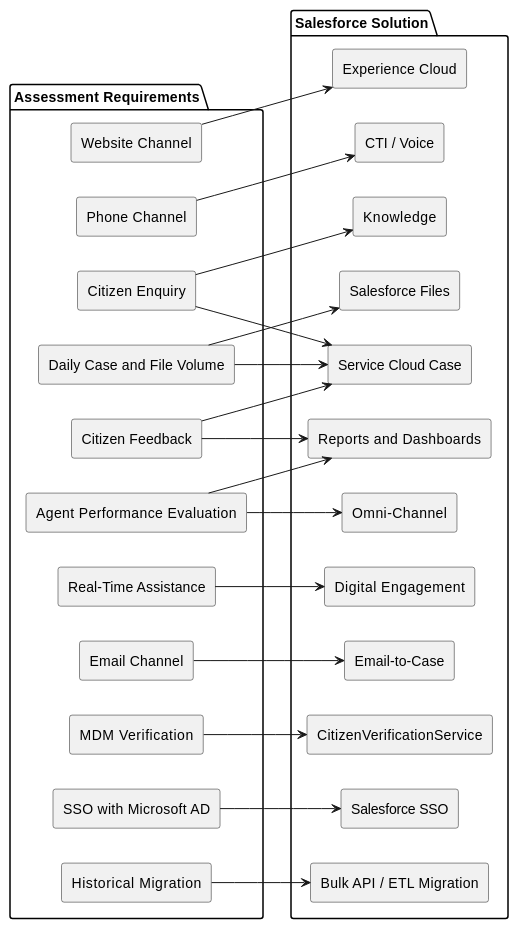
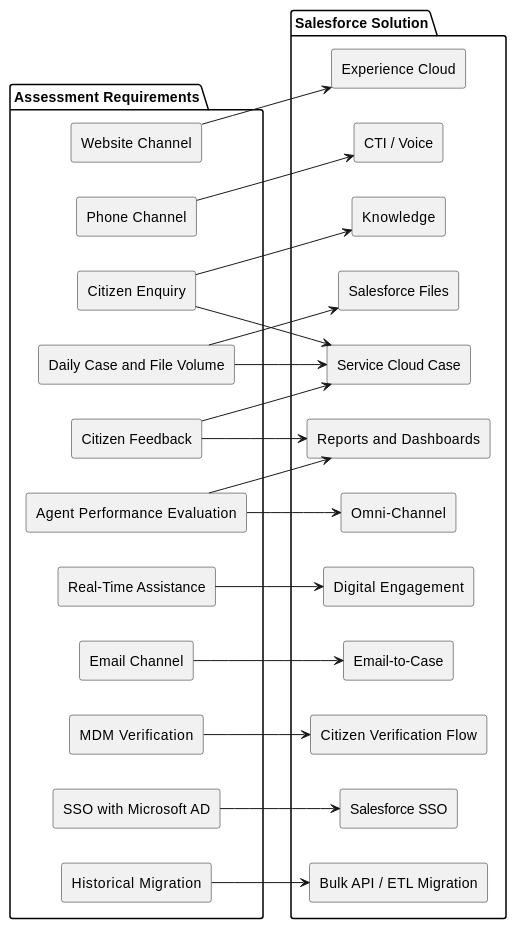
The first of 26 diagrams in doc/SADD Task 2.md (jimmytobing/virtusa), drawn with PlantUML before and after one commit. The commit also changed other lines of this file and 7 other files, not shown here.

````diff
--- a/doc/SADD Task 2.md
+++ b/doc/SADD Task 2.md
@@ -19,52 +19,52 @@
 ```plantuml
 @startuml
 left to right direction
 skinparam componentStyle rectangle
 
 package "Assessment Requirements" {
   [Citizen Enquiry]
   [Citizen Feedback]
   [Website Channel]
   [Phone Channel]
   [Real-Time Assistance]
   [Email Channel]
   [MDM Verification]
   [SSO with Microsoft AD]
   [Historical Migration]
   [Daily Case and File Volume]
   [Agent Performance Evaluation]
 }
 
 package "Salesforce Solution" {
   [Service Cloud Case]
   [Experience Cloud]
   [CTI / Voice]
   [Digital Engagement]
   [Email-to-Case]
-  [CitizenVerificationService]
+  [Citizen Verification Flow]
   [Salesforce SSO]
   [Bulk API / ETL Migration]
   [Salesforce Files]
   [Reports and Dashboards]
   [Omni-Channel]
   [Knowledge]
 }
 
 [Citizen Enquiry] --> [Service Cloud Case]
 [Citizen Enquiry] --> [Knowledge]
 [Citizen Feedback] --> [Service Cloud Case]
 [Citizen Feedback] --> [Reports and Dashboards]
 [Website Channel] --> [Experience Cloud]
 [Phone Channel] --> [CTI / Voice]
 [Real-Time Assistance] --> [Digital Engagement]
 [Email Channel] --> [Email-to-Case]
-[MDM Verification] --> [CitizenVerificationService]
+[MDM Verification] --> [Citizen Verification Flow]
 [SSO with Microsoft AD] --> [Salesforce SSO]
 [Historical Migration] --> [Bulk API / ETL Migration]
 [Daily Case and File Volume] --> [Salesforce Files]
 [Daily Case and File Volume] --> [Service Cloud Case]
 [Agent Performance Evaluation] --> [Reports and Dashboards]
 [Agent Performance Evaluation] --> [Omni-Channel]
 
 @enduml
 ```
````
